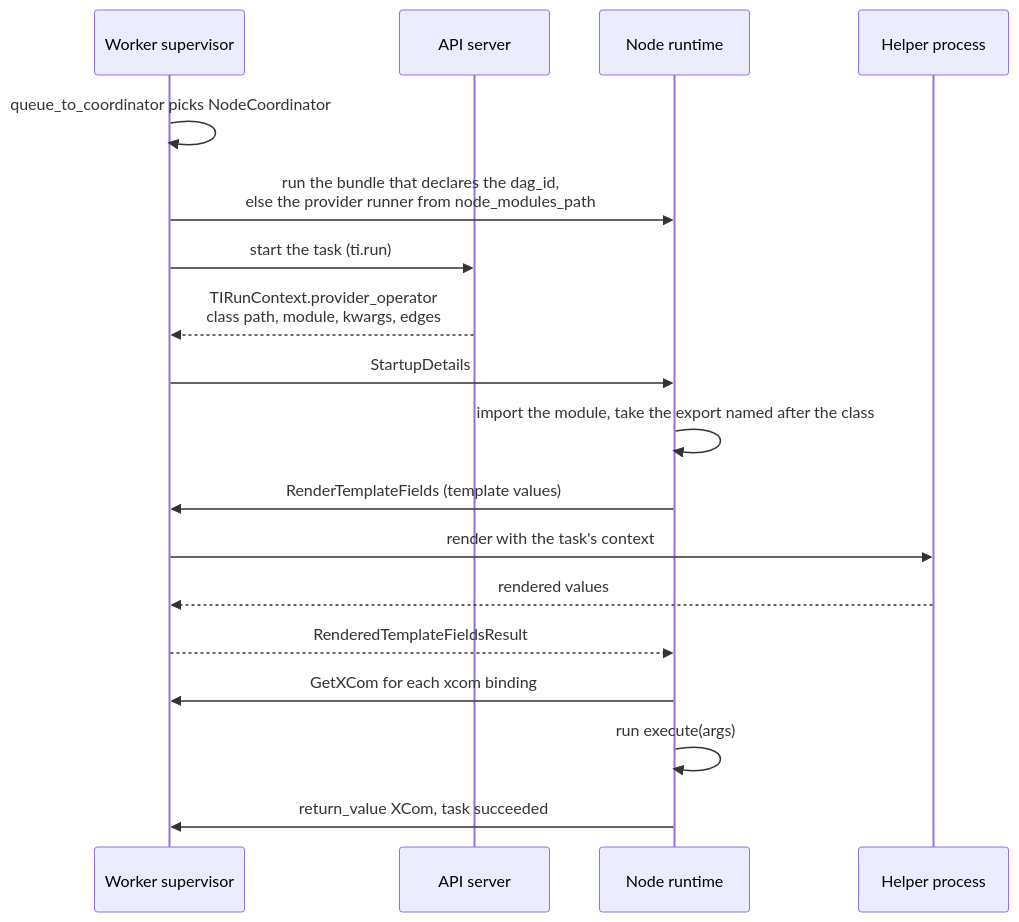
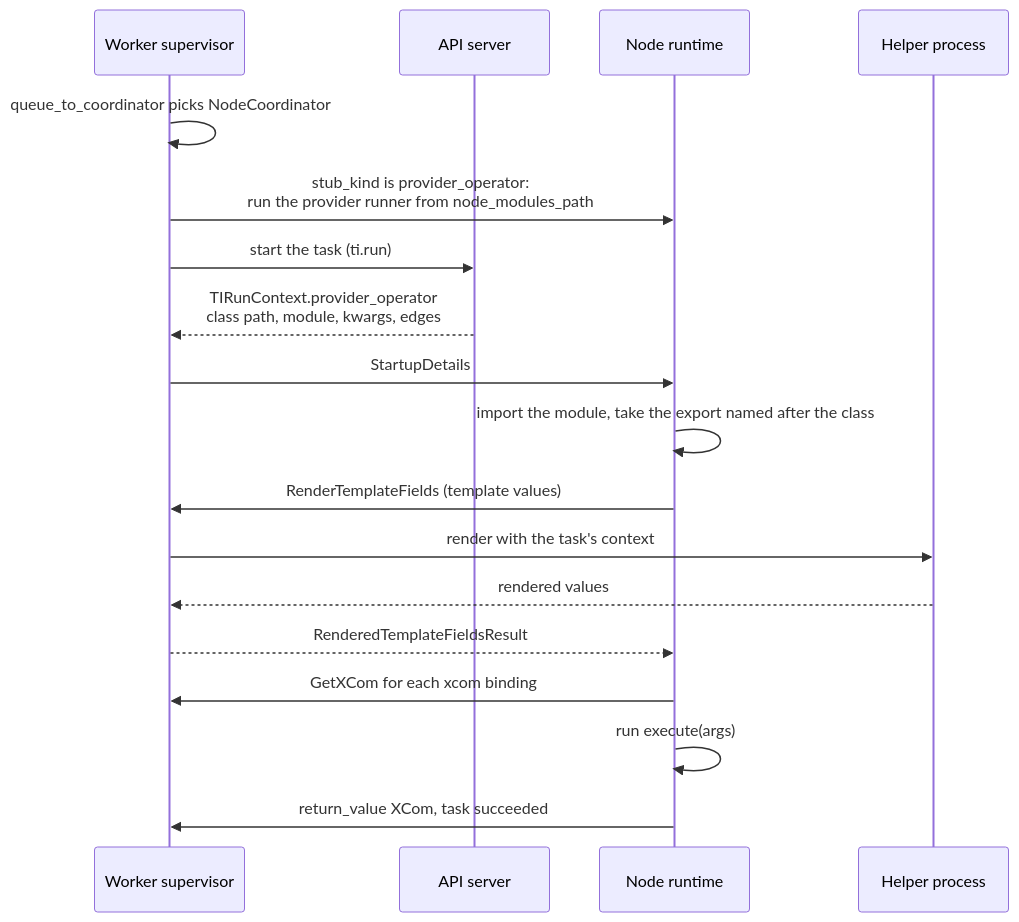
The fourth of 7 diagrams in airflow-core/adr/lang-sdk/0018-provider-operators-across-sdks.md (jason810496/airflow), drawn with Mermaid before and after one commit. The commit also changed other lines of this file, not shown here.

Commit message:
Add stub_kind and Dag queue inheritance to ADR-0018

````diff
--- a/airflow-core/adr/lang-sdk/0018-provider-operators-across-sdks.md
+++ b/airflow-core/adr/lang-sdk/0018-provider-operators-across-sdks.md
@@ -245,20 +254,20 @@
 ```mermaid
 sequenceDiagram
     participant Sup as Worker supervisor
     participant API as API server
     participant Node as Node runtime
     participant Help as Helper process
     Sup->>Sup: queue_to_coordinator picks NodeCoordinator
-    Sup->>Node: run the bundle that declares the dag_id,<br/>else the provider runner from node_modules_path
+    Sup->>Node: stub_kind is provider_operator:<br/>run the provider runner from node_modules_path
     Sup->>API: start the task (ti.run)
     API-->>Sup: TIRunContext.provider_operator<br/>class path, module, kwargs, edges
     Sup->>Node: StartupDetails
     Node->>Node: import the module, take the export named after the class
     Node->>Sup: RenderTemplateFields (template values)
     Sup->>Help: render with the task's context
     Help-->>Sup: rendered values
     Sup-->>Node: RenderedTemplateFieldsResult
     Node->>Sup: GetXCom for each xcom binding
     Node->>Node: run execute(args)
     Node->>Sup: return_value XCom, task succeeded
 ```
````
